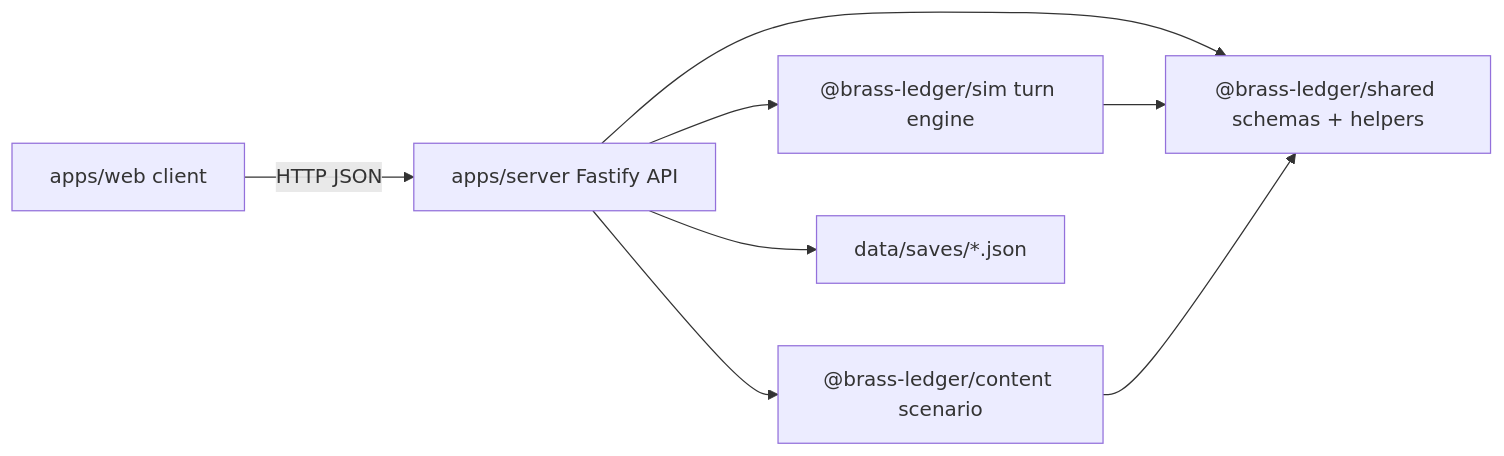
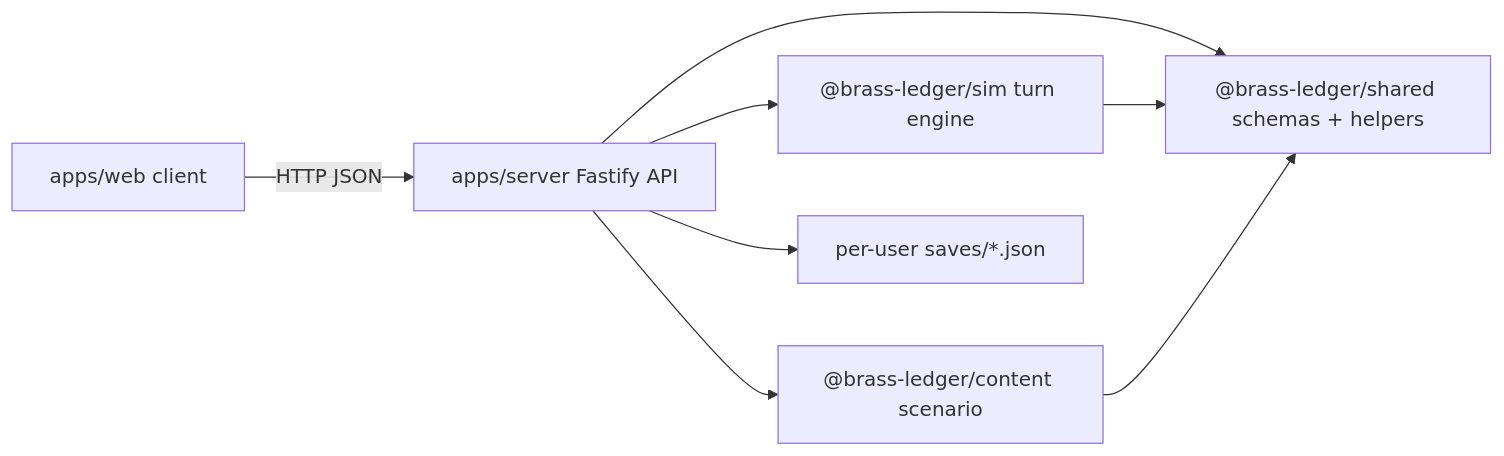
One commit to Joncallim/brass-ledger changed the diagram in Brass Ledge Documentation/GROCER/POTATO/backend-review/architecture-map.md. Above: the diagram before and after it, drawn with Mermaid. The commit also changed other lines of this file and 54 other files, not shown here.

````diff
--- a/Brass Ledge Documentation/GROCER/POTATO/backend-review/architecture-map.md
+++ b/Brass Ledge Documentation/GROCER/POTATO/backend-review/architecture-map.md
@@ -16,10 +16,10 @@
 ```mermaid
 flowchart LR
   Web["apps/web client"] -->|HTTP JSON| Server["apps/server Fastify API"]
   Server --> Content["@brass-ledger/content scenario"]
   Server --> Shared["@brass-ledger/shared schemas + helpers"]
   Server --> Sim["@brass-ledger/sim turn engine"]
-  Server --> Store["data/saves/*.json"]
+  Server --> Store["per-user saves/*.json"]
   Sim --> Shared
   Content --> Shared
 ```
````
